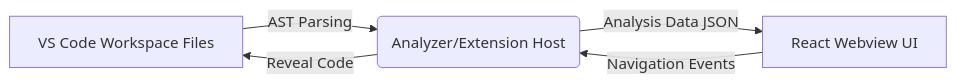
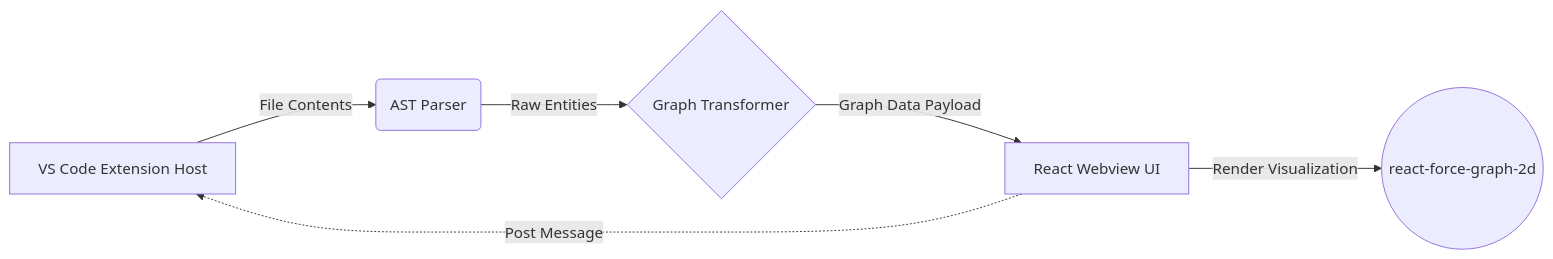
One commit to giauphan/CodeAtlas changed the diagram in README.md. Above: the diagram before and after it, drawn with Mermaid. The commit also changed other lines of this file and 5 other files, not shown here.

````diff
--- a/README.md
+++ b/README.md
@@ -58,7 +56,8 @@
 ```mermaid
 graph LR
-    A[VS Code Workspace Files] -->|AST Parsing| B(Analyzer/Extension Host)
-    B -->|Analysis Data JSON| C[React Webview UI]
-    C -->|Navigation Events| B
-    B -->|Reveal Code| A
+    A[VS Code Extension Host] -->|File Contents| B(AST Parser)
+    B -->|Raw Entities| C{Graph Transformer}
+    C -->|Graph Data Payload| D[React Webview UI]
+    D -->|Render Visualization| E((react-force-graph-2d))
+    D -.->|Post Message| A
 ```
````
